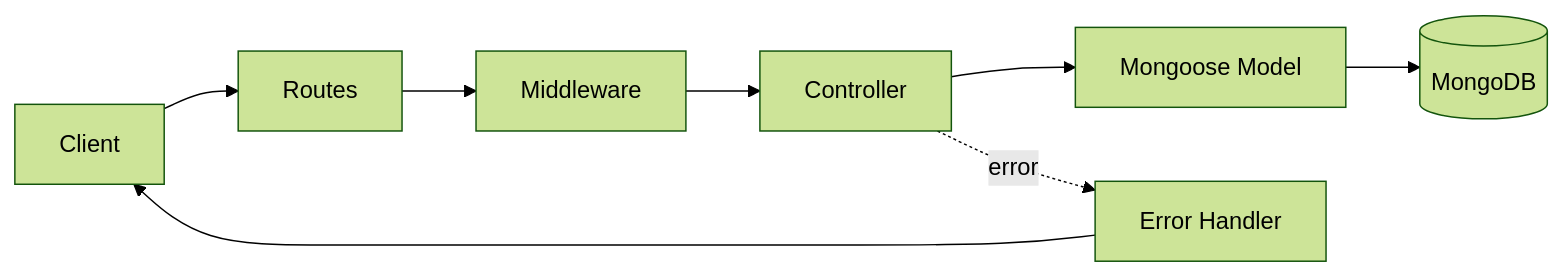
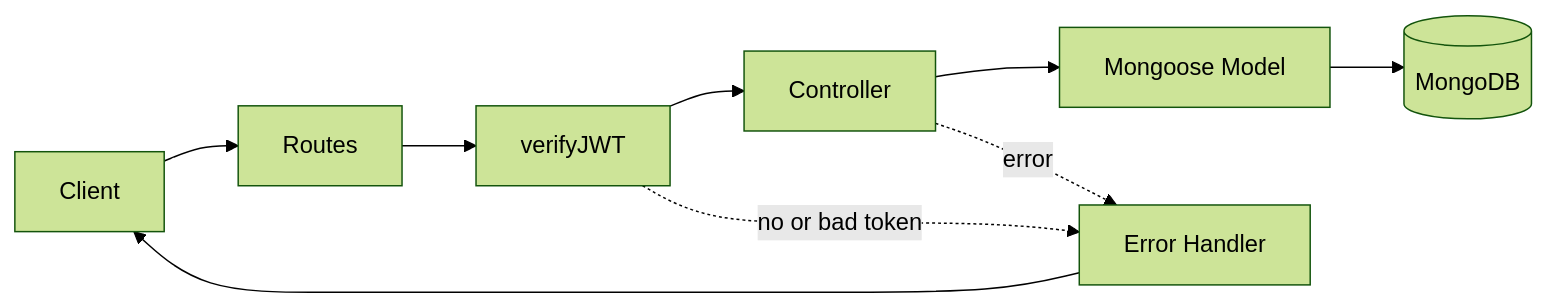
Before and after one commit to AmanBhardwazzz17/smart-todo: the diagram in README.md, drawn with Mermaid (forest theme). The commit also changed other lines of this file, not shown here.

````diff
--- a/README.md
+++ b/README.md
@@ -63,10 +84,11 @@
 ```mermaid
 flowchart LR
     A[Client] --> B[Routes]
-    B --> C[Middleware]
+    B --> C[verifyJWT]
     C --> D[Controller]
     D --> E[Mongoose Model]
     E --> F[(MongoDB)]
-    D -. error .-> G[Error Handler]
+    C -. no or bad token .-> G[Error Handler]
+    D -. error .-> G
     G --> A
 ```
````
